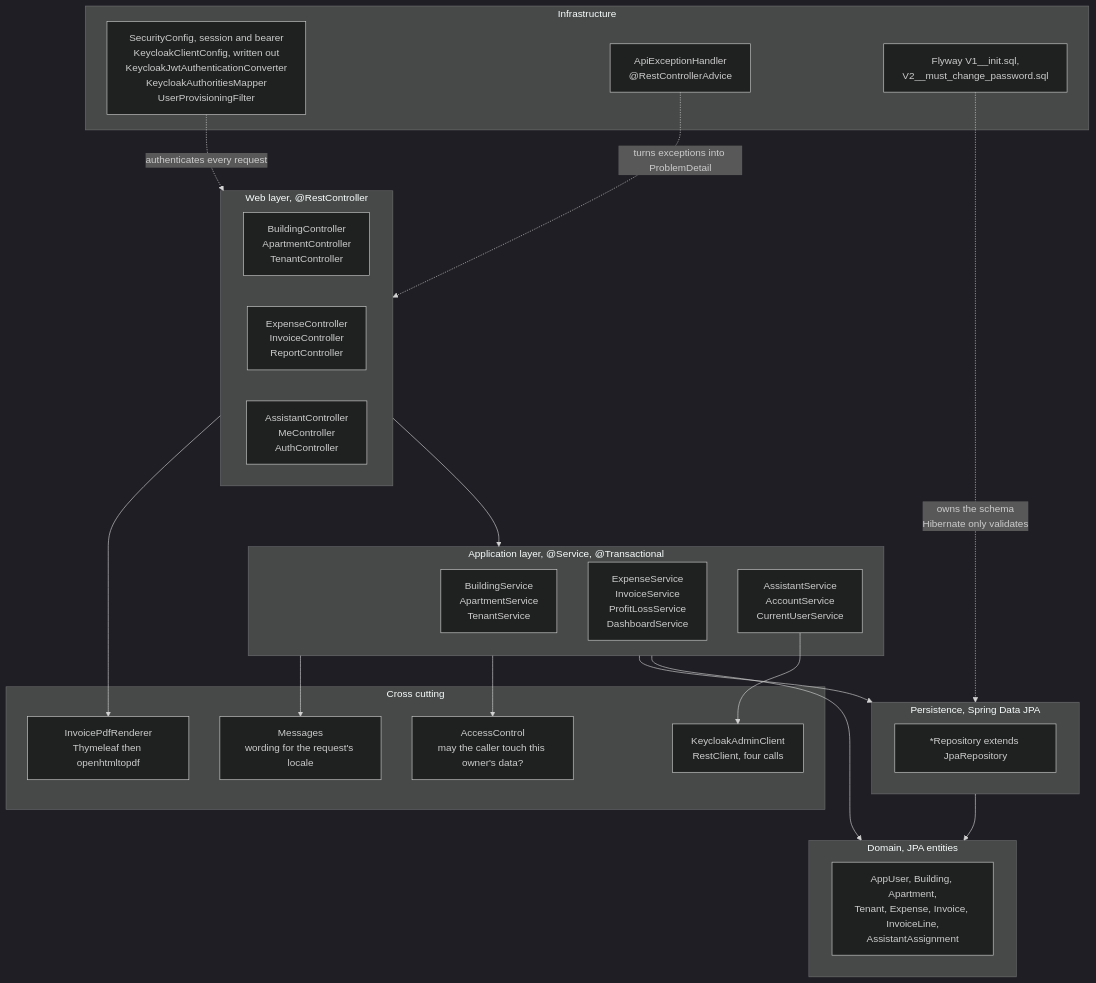
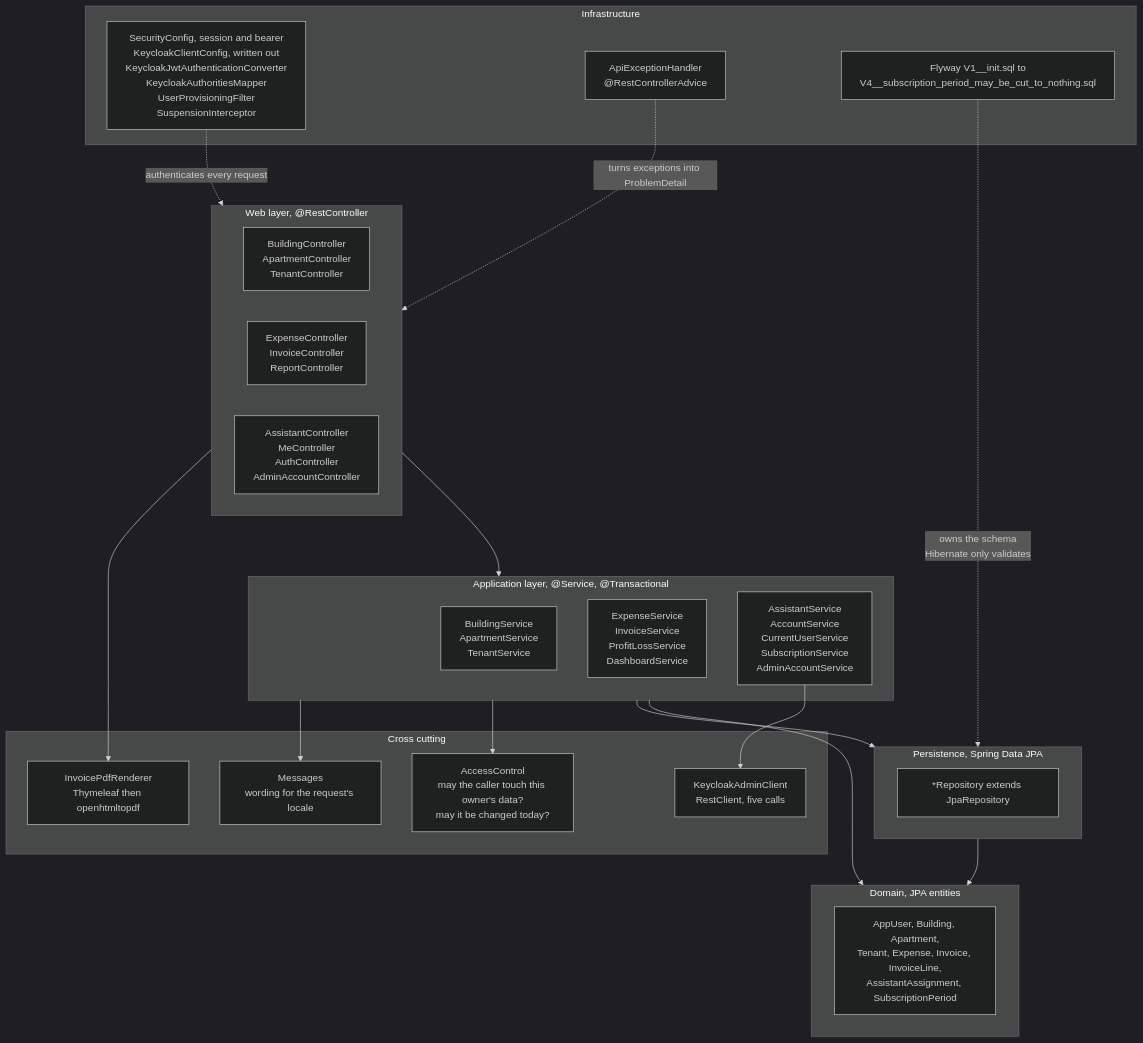
The second of 19 diagrams in docs/ARCHITECTURE_DIAGRAMS.md (stephane-nganou/building-management-systems), drawn with Mermaid (dark theme) before and after one commit. The commit also changed other lines of this file and 1 other file, not shown here.

Commit message:
BM-14: record the admin surface in the status and the diagrams

````diff
--- a/docs/ARCHITECTURE_DIAGRAMS.md
+++ b/docs/ARCHITECTURE_DIAGRAMS.md
@@ -101,47 +101,47 @@
 ```mermaid
 flowchart TB
     subgraph web["Web layer, @RestController"]
         c1["BuildingController<br/>ApartmentController<br/>TenantController"]
         c2["ExpenseController<br/>InvoiceController<br/>ReportController"]
-        c3["AssistantController<br/>MeController<br/>AuthController"]
+        c3["AssistantController<br/>MeController<br/>AuthController<br/>AdminAccountController"]
     end
 
     subgraph app["Application layer, @Service, @Transactional"]
         s1["BuildingService<br/>ApartmentService<br/>TenantService"]
         s2["ExpenseService<br/>InvoiceService<br/>ProfitLossService<br/>DashboardService"]
-        s3["AssistantService<br/>AccountService<br/>CurrentUserService"]
+        s3["AssistantService<br/>AccountService<br/>CurrentUserService<br/>SubscriptionService<br/>AdminAccountService"]
     end
 
     subgraph domain["Domain, JPA entities"]
-        d1["AppUser, Building, Apartment,<br/>Tenant, Expense, Invoice, InvoiceLine,<br/>AssistantAssignment"]
+        d1["AppUser, Building, Apartment,<br/>Tenant, Expense, Invoice, InvoiceLine,<br/>AssistantAssignment, SubscriptionPeriod"]
     end
 
     subgraph data["Persistence, Spring Data JPA"]
         r1["*Repository extends JpaRepository"]
     end
 
     subgraph cross["Cross cutting"]
-        ac["AccessControl<br/>may the caller touch this owner's data?"]
+        ac["AccessControl<br/>may the caller touch this owner's data?<br/>may it be changed today?"]
         msg["Messages<br/>wording for the request's locale"]
         pdf["InvoicePdfRenderer<br/>Thymeleaf then openhtmltopdf"]
-        kcc["KeycloakAdminClient<br/>RestClient, four calls"]
+        kcc["KeycloakAdminClient<br/>RestClient, five calls"]
     end
 
     subgraph infra["Infrastructure"]
-        sec["SecurityConfig, session and bearer<br/>KeycloakClientConfig, written out<br/>KeycloakJwtAuthenticationConverter<br/>KeycloakAuthoritiesMapper<br/>UserProvisioningFilter"]
+        sec["SecurityConfig, session and bearer<br/>KeycloakClientConfig, written out<br/>KeycloakJwtAuthenticationConverter<br/>KeycloakAuthoritiesMapper<br/>UserProvisioningFilter<br/>SuspensionInterceptor"]
         exh["ApiExceptionHandler<br/>@RestControllerAdvice"]
-        fly["Flyway V1__init.sql,<br/>V2__must_change_password.sql"]
+        fly["Flyway V1__init.sql to<br/>V4__subscription_period_may_be_cut_to_nothing.sql"]
     end
 
     web --> app
     app --> domain
     app --> data
     data --> domain
     app --> ac
     app --> msg
     web --> pdf
     s3 --> kcc
     sec -.->|"authenticates every request"| web
     exh -.->|"turns exceptions into ProblemDetail"| web
     fly -.->|"owns the schema<br/>Hibernate only validates"| data
 ```
````
